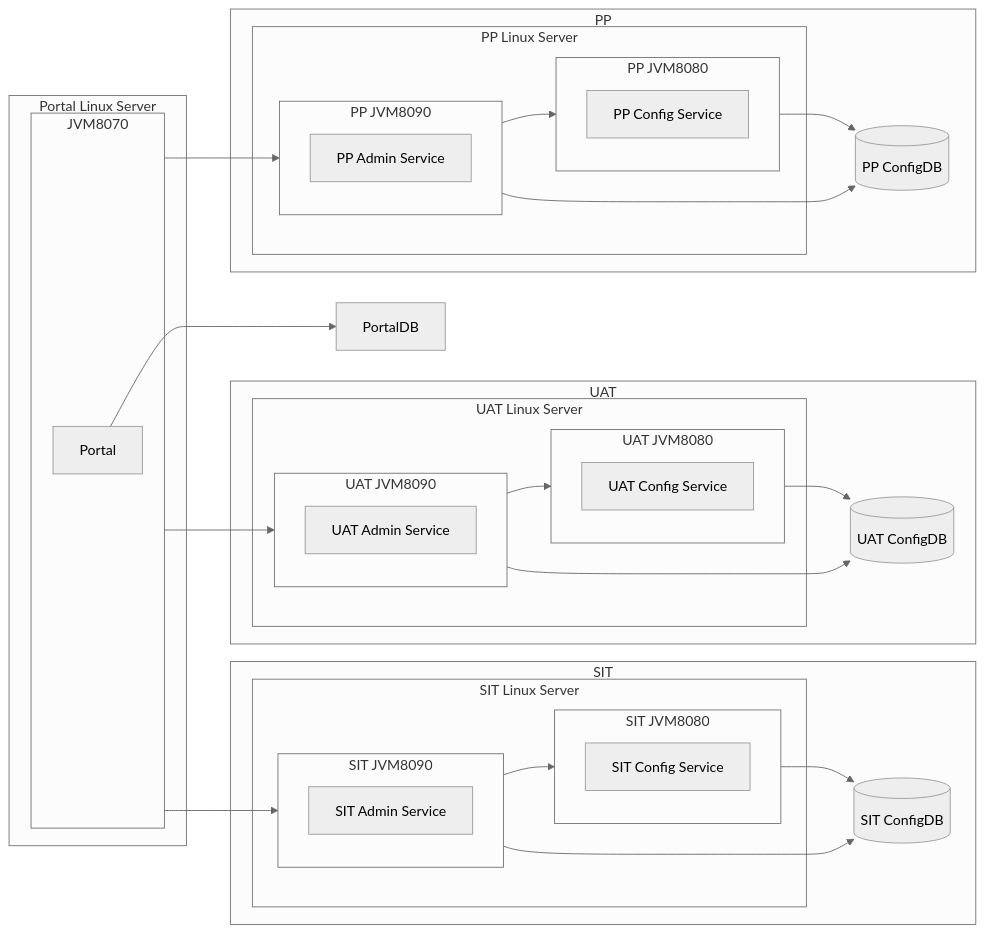
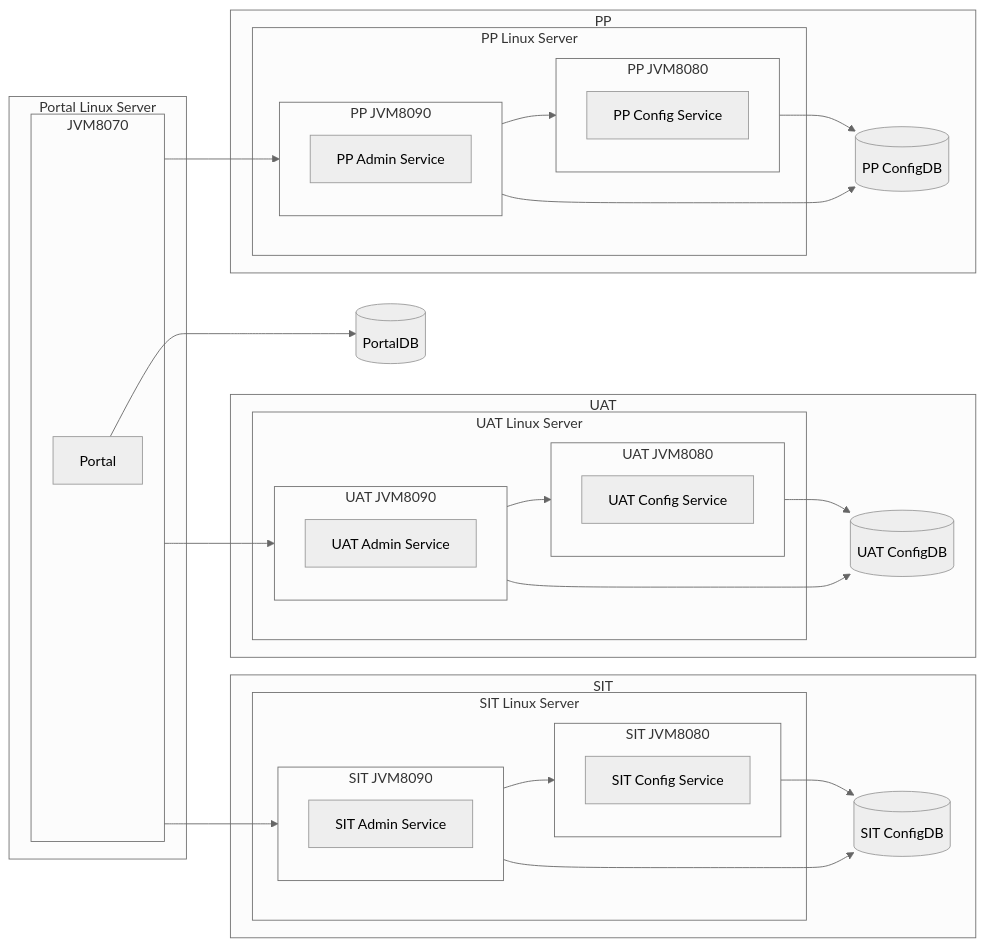
One commit to apolloconfig/apollo changed diagram 15 of 15 in docs/zh/deployment/deployment-architecture.md. Above: the diagram before and after it, drawn with Mermaid (neutral theme). The commit also changed other lines of this file, not shown here.

Commit message:
docs: fix view of portaldb[(PortalDB)]

````diff
--- a/docs/zh/deployment/deployment-architecture.md
+++ b/docs/zh/deployment/deployment-architecture.md
@@ -501,79 +501,79 @@
 ```mermaid
 flowchart LR
 	p[Portal]
-	portaldb[PortalDB]
+	portaldb[(PortalDB)]
 	p --> portaldb
 	
 	subgraph Portal Linux Server
 		subgraph JVM8070
 			p
 		end
 	end
 
 	subgraph SIT
         c1[SIT Config Service]
         a1[SIT Admin Service]
 
         configdb1[(SIT ConfigDB)]
 
         subgraph SIT Linux Server
             subgraph sit-jvm-8080[SIT JVM8080]
                 c1
             end
             subgraph sit-jvm-8090[SIT JVM8090]
                 a1
             end
         end
 
         sit-jvm-8080 --> configdb1
         sit-jvm-8090 --> configdb1
         
         sit-jvm-8090 --> sit-jvm-8080
 	end
 
 	subgraph UAT
         c2[UAT Config Service]
         a2[UAT Admin Service]
 
         configdb2[(UAT ConfigDB)]
 
         subgraph UAT Linux Server
             subgraph uat-jvm-8080[UAT JVM8080]
                 c2
             end
             subgraph uat-jvm-8090[UAT JVM8090]
                 a2
             end
         end
 
         uat-jvm-8080 --> configdb2
         uat-jvm-8090 --> configdb2
         
         uat-jvm-8090 --> uat-jvm-8080
 	end
 	
 	subgraph PP
         c3[PP Config Service]
         a3[PP Admin Service]
 
         configdb3[(PP ConfigDB)]
 
         subgraph PP Linux Server
             subgraph pp-jvm-8080[PP JVM8080]
                 c3
             end
             subgraph pp-jvm-8090[PP JVM8090]
                 a3
             end
         end
 
         pp-jvm-8080 --> configdb3
         pp-jvm-8090 --> configdb3
         
         pp-jvm-8090 --> pp-jvm-8080
 	end
 
 	JVM8070 --> sit-jvm-8090
 	JVM8070 --> uat-jvm-8090
 	JVM8070 --> pp-jvm-8090
 ```
````
